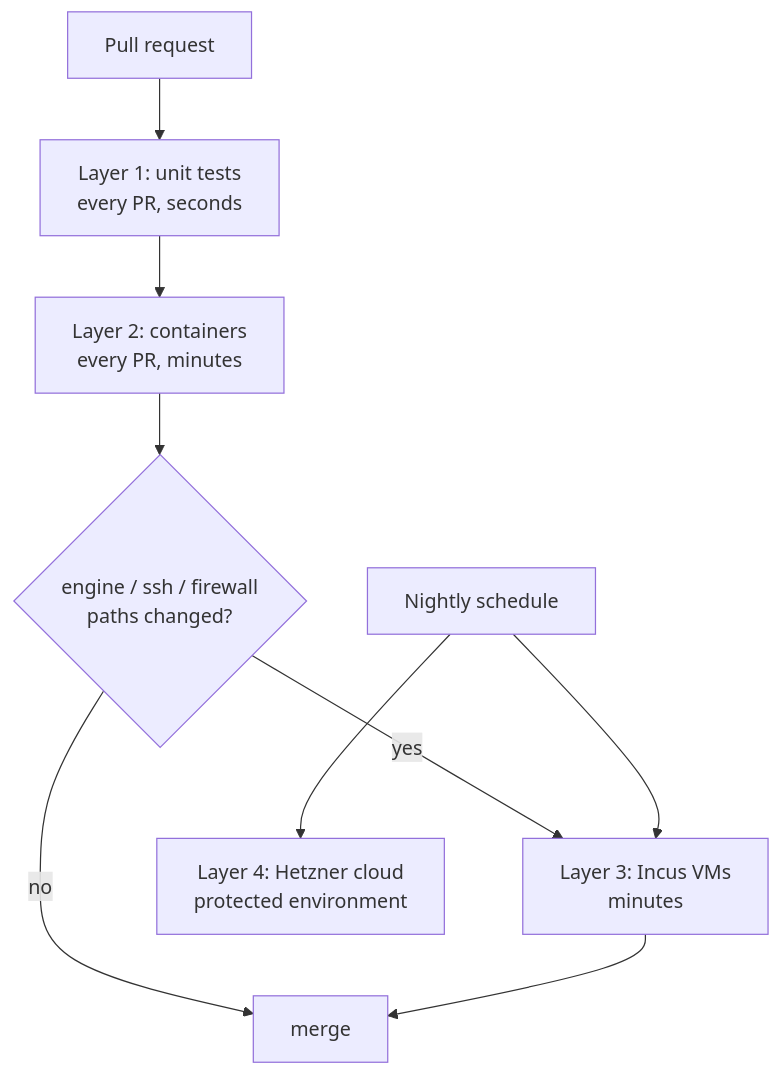
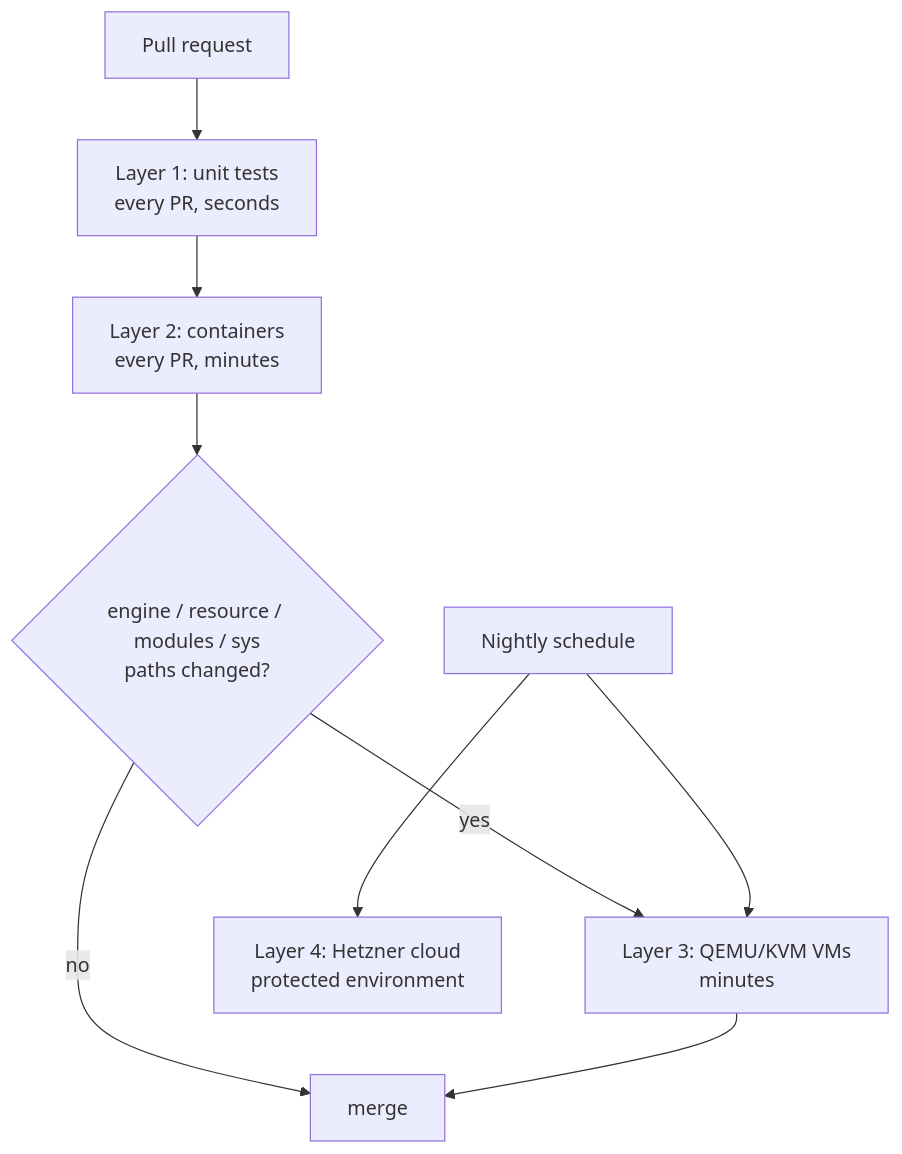
Before and after one commit to bhimrazy/vps-ready: the diagram in docs/testing.md, drawn with Mermaid. The commit also changed other lines of this file and 3 other files, not shown here.

````diff
--- a/docs/testing.md
+++ b/docs/testing.md
@@ -9,11 +9,11 @@
 ```mermaid
 flowchart TB
     pr["Pull request"] --> unit["Layer 1: unit tests<br/>every PR, seconds"]
     unit --> ctr["Layer 2: containers<br/>every PR, minutes"]
-    ctr --> paths{"engine / ssh / firewall<br/>paths changed?"}
-    paths -- yes --> vm["Layer 3: Incus VMs<br/>minutes"]
+    ctr --> paths{"engine / resource / modules / sys<br/>paths changed?"}
+    paths -- yes --> vm["Layer 3: QEMU/KVM VMs<br/>minutes"]
     paths -- no --> done["merge"]
     vm --> done
     nightly["Nightly schedule"] --> vm
     nightly --> cloud["Layer 4: Hetzner cloud<br/>protected environment"]
 ```
````
